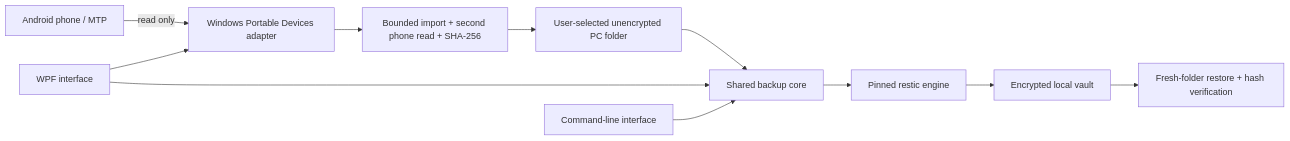
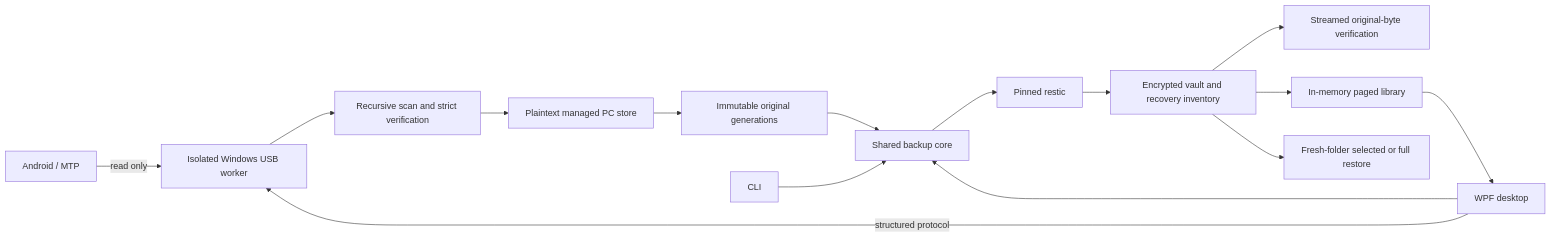
One commit to RutuK2005/phone-backup-showcase changed the diagram in ARCHITECTURE.md. Above: the diagram before and after it, drawn with Mermaid. The commit also changed other lines of this file and 3 other files, not shown here.

Commit message:
docs: present library, recovery workflow and measured preview performance

````diff
--- a/ARCHITECTURE.md
+++ b/ARCHITECTURE.md
@@ -3,13 +3,17 @@
 ```mermaid
 flowchart LR
-    Phone[Android phone / MTP] -->|read only| WPD[Windows Portable Devices adapter]
-    WPD --> Verify[Bounded import + second phone read + SHA-256]
-    Verify --> PC[User-selected unencrypted PC folder]
-    PC --> Core[Shared backup core]
-    UI[WPF interface] --> WPD
+    Phone[Android / MTP] -->|read only| Worker[Isolated Windows USB worker]
+    UI[WPF desktop] -->|structured protocol| Worker
+    Worker --> Scan[Recursive scan and strict verification]
+    Scan --> Store[Plaintext managed PC store]
+    Store --> Gen[Immutable original generations]
+    Gen --> Core[Shared backup core]
+    CLI[CLI] --> Core
     UI --> Core
-    CLI[Command-line interface] --> Core
-    Core --> Engine[Pinned restic engine]
-    Engine --> Vault[Encrypted local vault]
-    Vault --> Restore[Fresh-folder restore + hash verification]
+    Core --> Restic[Pinned restic]
+    Restic --> Vault[Encrypted vault and recovery inventory]
+    Vault --> Verify[Streamed original-byte verification]
+    Vault --> Library[In-memory paged library]
+    Library --> UI
+    Vault --> Restore[Fresh-folder selected or full restore]
 ```
````
